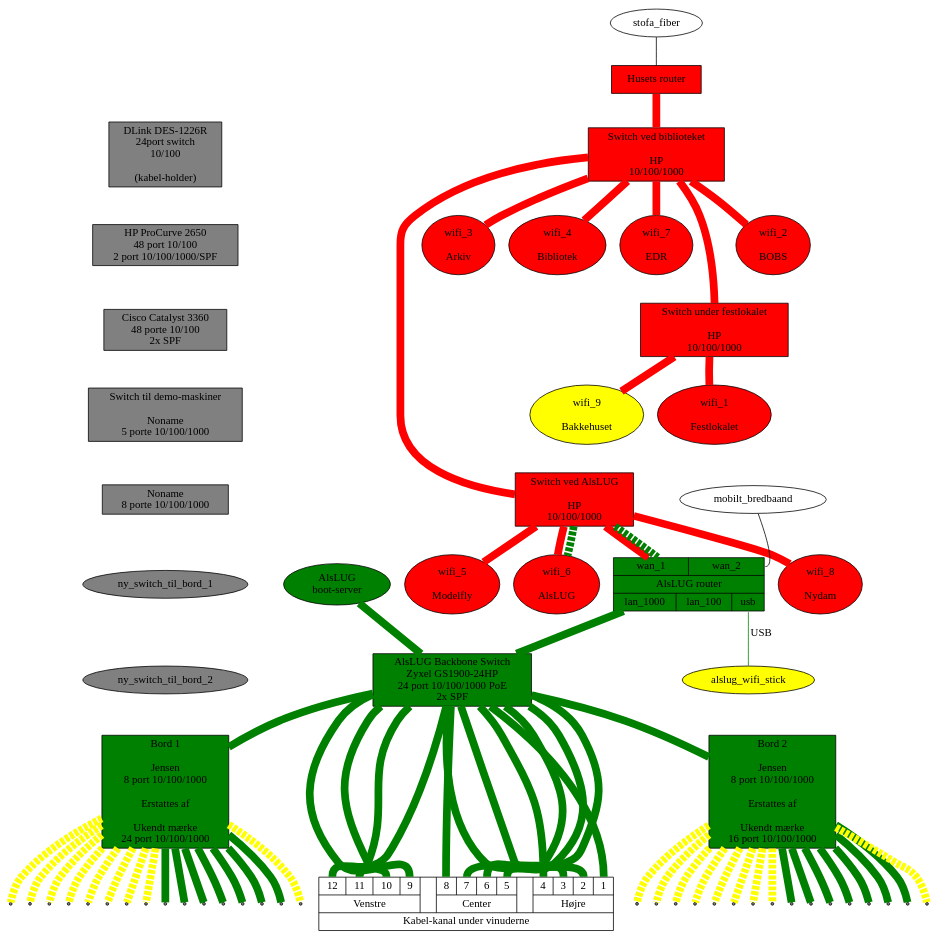
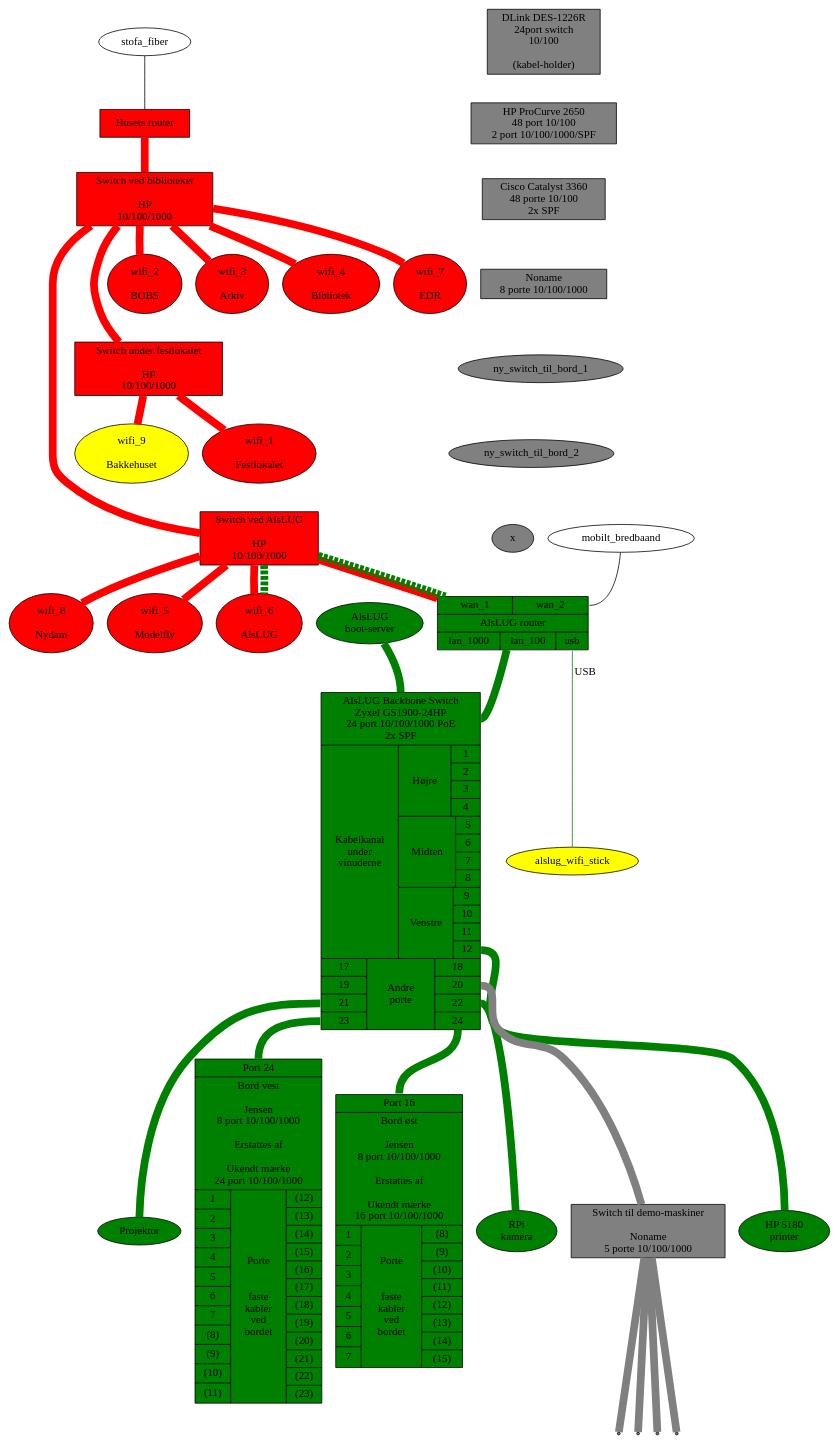
Before and after one commit to alslug/alslug.dk: the diagram in projekter/network.dot, drawn with Graphviz.

```diff
--- a/projekter/network.dot
+++ b/projekter/network.dot
@@ -1,107 +1,103 @@
 digraph xxx {
-#  link_12a [ shape=point ];
-#  link_12b [ shape=point ];
-#  link_12c [ shape=point ];
   edge [ dir=none penwidth=10 ];
 
   node [ style=filled fillcolor=red ];
   husets_router [ shape=box label="Husets router" ];
   husets_switch_1 [ shape=box label="Switch ved biblioteket\n\nHP\n10/100/1000" ];
   husets_switch_2 [ shape=box label="Switch ved AlsLUG\n\nHP\n10/100/1000" ];
   festlokale_switch [ shape=box label="Switch under festlokalet\n\nHP\n10/100/1000" ];
   wifi_1 [ label=" wifi_1 \n\n Festlokalet "                ];
   wifi_2 [ label=" wifi_2 \n\n BOBS "                       ];
   wifi_3 [ label=" wifi_3 \n\n Arkiv "                      ];
   wifi_4 [ label=" wifi_4 \n\n Bibliotek "                  ];
   wifi_5 [ label=" wifi_5 \n\n Modelfly "                   ];
   wifi_6 [ label=" wifi_6 \n\n AlsLUG "                     ];
   wifi_7 [ label=" wifi_7 \n\n EDR "                        ];
   wifi_8 [ label=" wifi_8 \n\n Nydam "                      ];
   wifi_9 [ label=" wifi_9 \n\n Bakkehuset" fillcolor=yellow ];
   
   node [ style=filled fillcolor=green ];
   alslug_router [ shape=record label="{{<wan_1> wan_1|<wan_2> wan_2}|
                                         AlsLUG router
                                       |{<lan_1000> lan_1000|<lan_100> lan_100|<usb> usb}}" ];
   alslug_gl_bootserver [ label="AlsLUG\nboot-server" ];
-  alslug_backbone_switch [ shape=record label="AlsLUG Backbone Switch \n Zyxel GS1900-24HP \n 24 port 10/100/1000 PoE \n 2x SPF"];
-  bord_1 [ shape=box label="Bord 1\n\nJensen\n8 port 10/100/1000\n\n Erstattes af\n\nUkendt mærke\n24 port 10/100/1000"];
-  bord_2 [ shape=box label="Bord 2\n\nJensen\n8 port 10/100/1000\n\n Erstattes af\n\nUkendt mærke\n16 port 10/100/1000"];
+  alslug_backbone_switch [ shape=record label="{<any> AlsLUG Backbone Switch \n Zyxel GS1900-24HP \n 24 port 10/100/1000 PoE \n 2x SPF|{Kabelkanal \n under \n vinuderne
+		|{
+			{Højre	|{	<1> 1	|	<2> 2	|	<3> 3	|	<4> 4	}}|
+			{Midten	|{	<5> 5	|	<6> 6	|	<7> 7	|	<8>8	}}|
+			{Venstre|{	<9> 9	|	<10>10	|	<11>11	|	<12>12	}}
+		}}|{{{
+			{<17>17|<18>19|<21>21|<23>23}
+			|Andre \n porte|
+			{<18>18|<20>20|<22>22|<24>24}
+		}}}}"];
+  alslug_projektor [ label="Projektor" ]
+  alslug_hp5180 [ label="HP 5180 \n printer" ]
+  RPi_camera [ label="RPi \n kamera" ]
+  bord_1 [ shape=record label="{<24> Port 24|
+		Bord vest\n\nJensen\n8 port 10/100/1000\n\n Erstattes af\n\nUkendt mærke\n24 port 10/100/1000
+		|{
+			{1|2|3|4|5|6|7|(8)|(9)|(10)|(11)}
+			|Porte \n\n\n faste \n kabler \n ved \n bordet|
+			{(12)|(13)|(14)|(15)|(16)|(17)|(18)|(19)|(20)|(21)|(22)|(23)}
+		}}"];
+  bord_2 [ shape=record label="{<16> Port 16|
+		Bord øst\n\nJensen\n8 port 10/100/1000\n\n Erstattes af\n\nUkendt mærke\n16 port 10/100/1000
+		|{
+			{1|2|3|4|5|6|7}
+			|Porte \n\n\n faste \n kabler \n ved \n bordet|
+			{(8)|(9)|(10)|(11)|(12)|(13)|(14)|(15)}
+		}}"];
  
   // Udstyr som pt ikke bruges
   node [ style=filled fillcolor=gray ];
   switch_24p      [ shape=box label="DLink DES-1226R\n24port switch\n10/100\n\n(kabel-holder)"];
   switch_48p      [ shape=box label="HP ProCurve 2650\n48 port 10/100\n2 port 10/100/1000/SPF"];
   switch_48p_poe  [ shape=box label="Cisco Catalyst 3360\n48 porte 10/100\n2x SPF"];
   switch_5p       [ shape=box label="Switch til demo-maskiner\n\nNoname\n5 porte 10/100/1000" ];
   switch_8p       [ shape=box label="Noname\n8 porte 10/100/1000"];
   
-  switch_24p -> switch_48p -> switch_48p_poe -> switch_5p -> switch_8p -> ny_switch_til_bord_1 -> ny_switch_til_bord_2 -> bord_1 [ color=invis ];
+  switch_24p -> switch_48p -> switch_48p_poe -> switch_8p -> ny_switch_til_bord_1 -> ny_switch_til_bord_2 -> x -> alslug_router [ color=invis ];
   
   
   node [ style=normal ];
   // Internet forbindelser
-  stofa_fiber      -> husets_router:wan_1 [ penwidth=1 fillcolor=black style=filled ];
+  stofa_fiber      -> husets_router [ penwidth=1 fillcolor=black style=filled ];
   mobilt_bredbaand -> alslug_router:wan_2 [ penwidth=1 fillcolor=black style=filled ];
   
   // Husets forbindelser
   edge  [ color=red style=solid ];
   husets_switch_1 -> festlokale_switch -> {             wifi_1                                                  wifi_9 };
   husets_router -> husets_switch_1 -> {                        wifi_2 wifi_3 wifi_4               wifi_7               };
   husets_switch_1 -> husets_switch_2 -> { alslug_router                             wifi_5 wifi_6        wifi_8        };
 
   // VLAN forbindelser over bakkensbros netværk
   edge  [ color=green style=dashed ];
   husets_switch_2 -> { alslug_router:wan_1 wifi_6 };
 
   alslug_wifi_stick [ fillcolor=yellow style=filled ];
 
   // Interne forbindelser
   edge [ color=green style=solid ];
   node [ shape=point ];
   
-  {alslug_router:lan_1000 alslug_gl_bootserver} -> alslug_backbone_switch -> { bord_1 bord_2 }
+  {alslug_router:lan_1000 alslug_gl_bootserver} -> alslug_backbone_switch:any;
+  alslug_backbone_switch:12 -> alslug_hp5180;
+  alslug_backbone_switch:20 -> switch_5p -> { demo_1 demo_2 demo_3 demo_4 } [ color=gray ];
+  alslug_backbone_switch:21 -> alslug_projektor;
+  alslug_backbone_switch:22 -> RPi_camera;
+  alslug_backbone_switch:23 -> bord_1:24;
+  alslug_backbone_switch:24 -> bord_2:16;
 
   alslug_router:usb -> alslug_wifi_stick [ penwidth=1 label="USB" ];
   
-  bord_1 -> {
-                  bord_1_1 bord_1_2 bord_1_3 bord_1_4 bord_1_5 bord_1_6 bord_1_7
-                };
-  bord_1 -> {
-                  bord_1_8 bord_1_9 bord_1_10 bord_1_11 bord_1_12 bord_1_13 bord_1_14 bord_1_15 bord_1_16
-                } [ style=dashed color=yellow ];
-  bord_2 -> {
-                  bord_2_1 bord_2_2 bord_2_3 bord_2_4 bord_2_5 bord_2_6 bord_2_7
-                };
-  bord_2 -> {
-                  bord_2_8 bord_2_9 bord_2_10 bord_2_11 bord_2_12 bord_2_13 bord_2_14 bord_2_15 bord_2_16
-                } [ style=dashed color=yellow ];
-                
-  alslug_backbone_switch -> vindue:1;
-  alslug_backbone_switch -> vindue:2;
-  alslug_backbone_switch -> vindue:3;
-  alslug_backbone_switch -> vindue:4;
-  alslug_backbone_switch -> vindue:5;
-  alslug_backbone_switch -> vindue:6;
-  alslug_backbone_switch -> vindue:7;
-  alslug_backbone_switch -> vindue:8;
-  alslug_backbone_switch -> vindue:9;
-  alslug_backbone_switch -> vindue:10;
-  alslug_backbone_switch -> vindue:11;
-  alslug_backbone_switch -> vindue:12;
-
   edge [ color=invis ];
   husets_switch_1 -> wifi_2 -> festlokale_switch -> wifi_1 -> husets_switch_2;
-  vindue [ shape=record label="{{ {{<12> 12|<11> 11|<10> 10|<9> 9}  | Venstre }||
-                                  {{<8> 8|<7> 7|<6> 6|<5> 5}        | Center  }||
-                                  {{<4> 4|<3> 3|<2> 2|<1> 1}        | Højre   }}| Kabel-kanal under vinuderne }}" ];
 
   subgraph {
     rank = same;
-                  vindue;
-                  bord_1_1;   bord_1_2;   bord_1_3;   bord_1_4;   bord_1_5;   bord_1_6;   bord_1_7;   bord_1_8;
-                  bord_1_9;   bord_1_10;  bord_1_11;  bord_1_12;  bord_1_13;  bord_1_14;  bord_1_15;  bord_1_16;
-                  bord_2_1;   bord_2_2;   bord_2_3;   bord_2_4;   bord_2_5;   bord_2_6;   bord_2_7;   bord_2_8;
-                  bord_2_9;   bord_2_10;  bord_2_11;  bord_2_12;  bord_2_13;  bord_2_14;  bord_2_15;  bord_2_16;
+#    alslug_projektor;
+#    alslug_hp5180;
+    alslug_backbone_switch;
   }
 }
```
